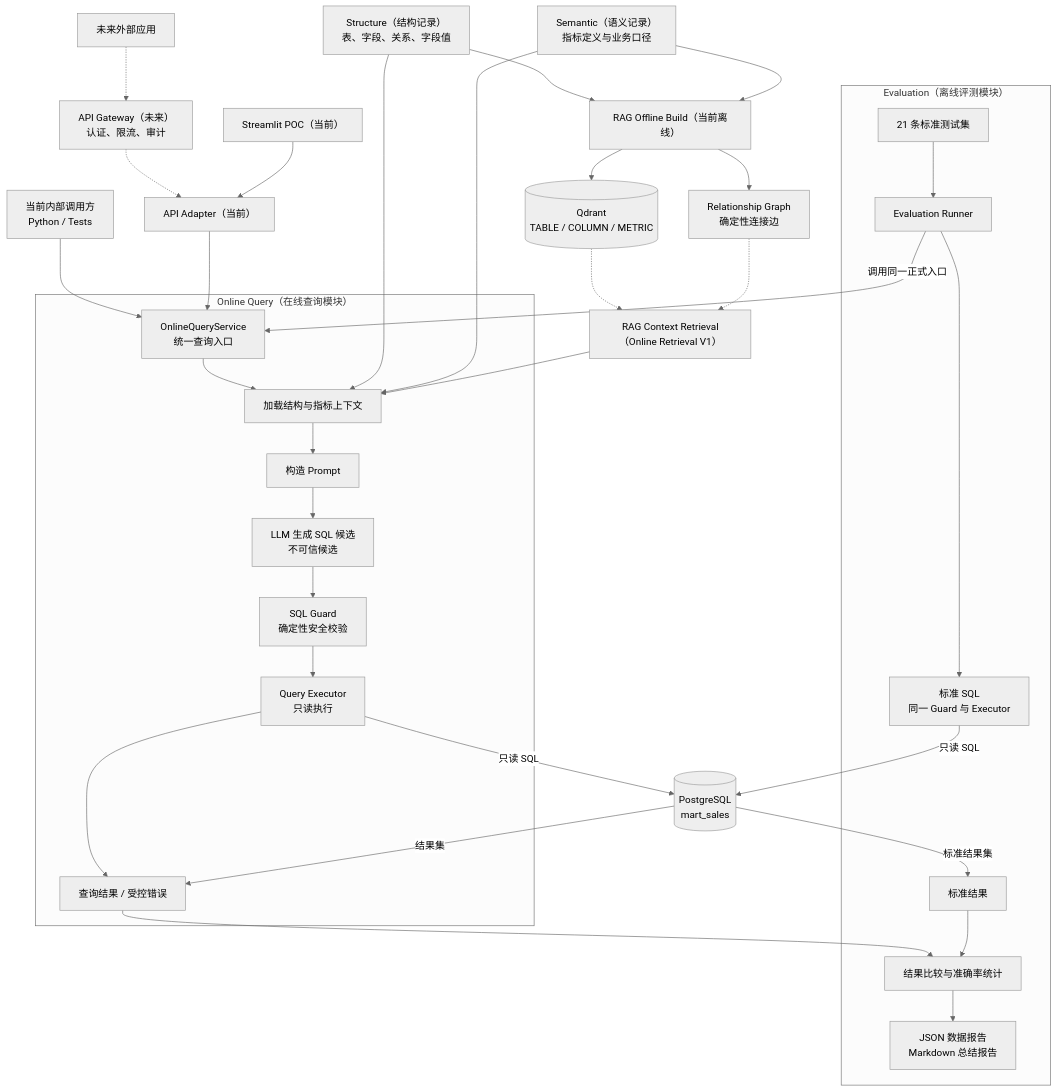
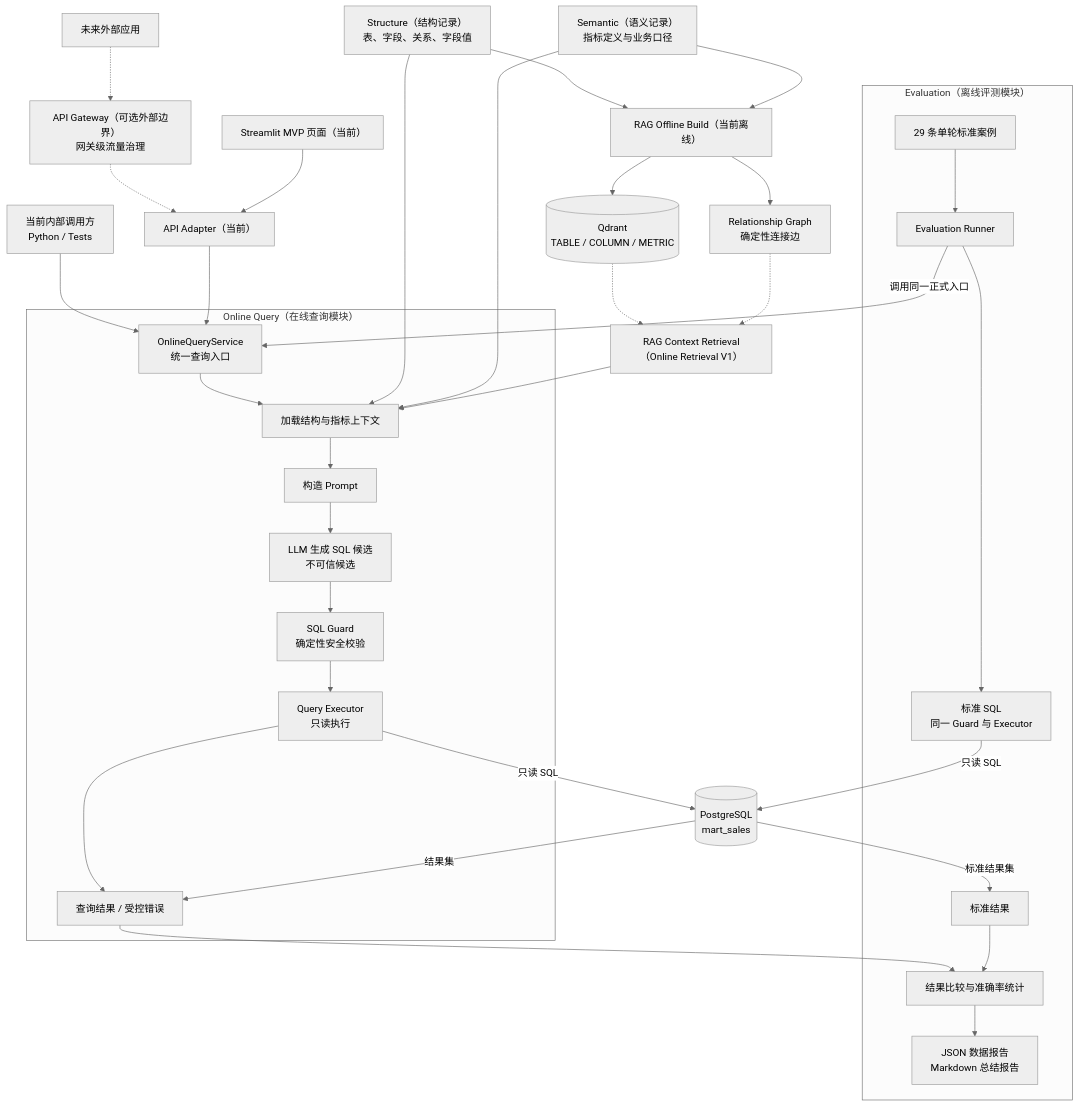
The first of 3 diagrams in docs/architecture.md (K999999999999/chatbi), drawn with Mermaid (neutral theme) before and after one commit. The commit also changed other lines of this file and 44 other files, not shown here.

````diff
--- a/docs/architecture.md
+++ b/docs/architecture.md
@@ -41,42 +51,42 @@
 ```mermaid
 flowchart TB
     InternalCaller["当前内部调用方<br/>Python / Tests"] --> Service
     ExternalCaller["未来外部应用"] -.-> Gateway
-    Gateway["API Gateway（未来）<br/>认证、限流、审计"] -.-> API
+    Gateway["API Gateway（可选外部边界）<br/>网关级流量治理"] -.-> API
     API["API Adapter（当前）"] --> Service
-    Streamlit["Streamlit POC（当前）"] --> API
+    Streamlit["Streamlit MVP 页面（当前）"] --> API
 
     subgraph OnlineQuery["Online Query（在线查询模块）"]
         Service["OnlineQueryService<br/>统一查询入口"] --> Context["加载结构与指标上下文"]
         Context --> Prompt["构造 Prompt"]
         Prompt --> LLM["LLM 生成 SQL 候选<br/>不可信候选"]
         LLM --> Guard["SQL Guard<br/>确定性安全校验"]
         Guard --> Executor["Query Executor<br/>只读执行"]
         Executor --> Result["查询结果 / 受控错误"]
     end
 
     Structure["Structure（结构记录）<br/>表、字段、关系、字段值"] --> Context
     Metrics["Semantic（语义记录）<br/>指标定义与业务口径"] --> Context
     Executor -->|"只读 SQL"| Database[("PostgreSQL<br/>mart_sales")]
     Database -->|"结果集"| Result
 
     subgraph EvaluationFlow["Evaluation（离线评测模块）"]
-        Cases["21 条标准测试集"] --> Runner["Evaluation Runner"]
+        Cases["29 条单轮标准案例"] --> Runner["Evaluation Runner"]
         Runner -->|"调用同一正式入口"| Service
         Runner --> Reference["标准 SQL<br/>同一 Guard 与 Executor"]
         ReferenceResult["标准结果"]
         Result --> Compare["结果比较与准确率统计"]
         ReferenceResult --> Compare
         Compare --> Reports["JSON 数据报告<br/>Markdown 总结报告"]
     end
 
     Reference -->|"只读 SQL"| Database
     Database -->|"标准结果集"| ReferenceResult
     Structure --> OfflineBuild["RAG Offline Build（当前离线）"]
     Metrics --> OfflineBuild
     OfflineBuild --> VectorCollections[("Qdrant<br/>TABLE / COLUMN / METRIC")]
     OfflineBuild --> RelationshipGraph["Relationship Graph<br/>确定性连接边"]
     VectorCollections -.-> RAG
     RelationshipGraph -.-> RAG
     RAG["RAG Context Retrieval（Online Retrieval V1）"] --> Context
 ```
````
